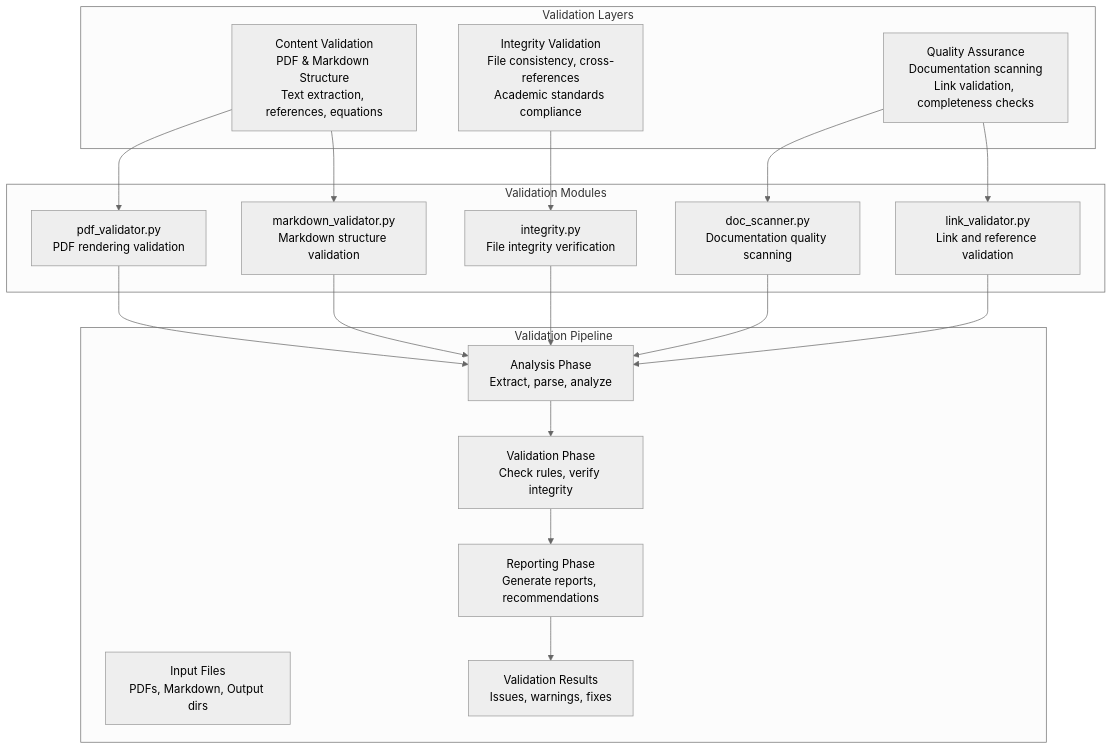
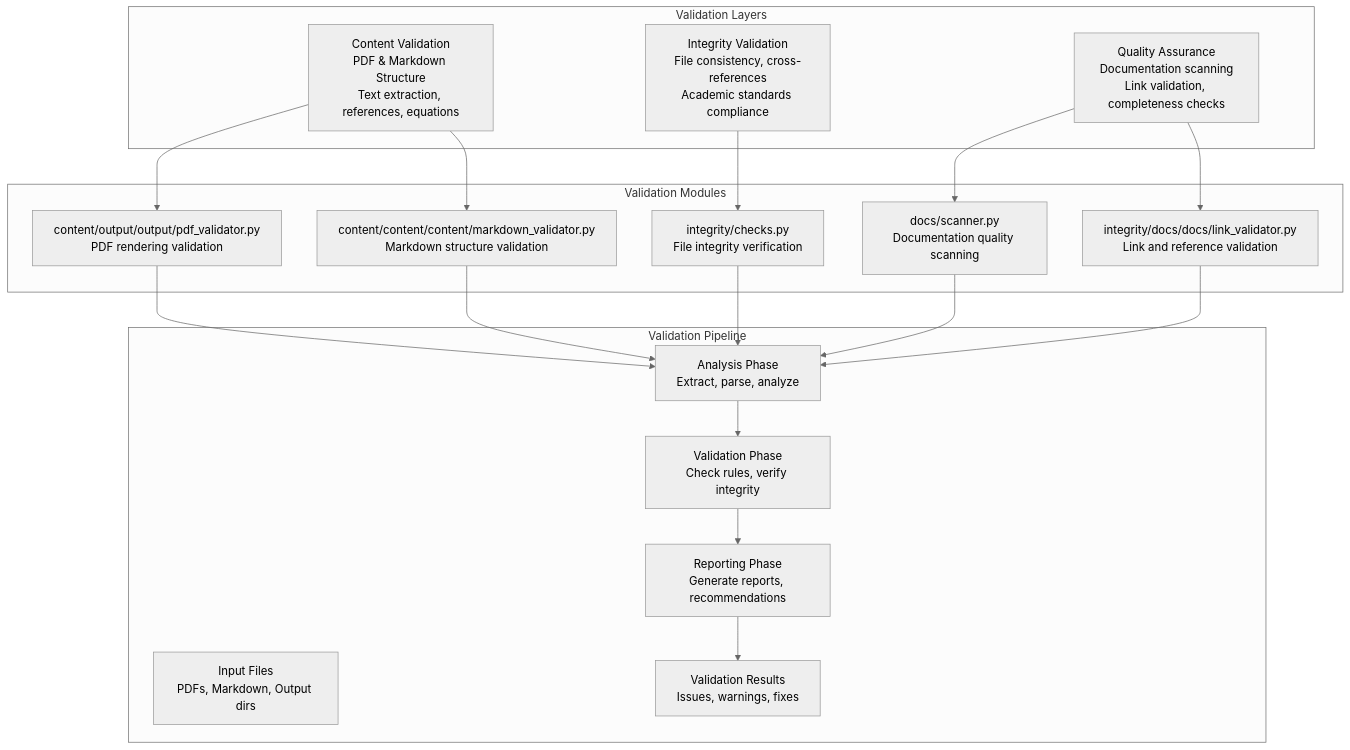
The first of 4 diagrams in infrastructure/validation/README.md (docxology/template), drawn with Mermaid (neutral theme) before and after one commit. The commit also changed other lines of this file and 68 other files, not shown here.

First line of the commit message:
desloppify: split validation into content/docs/integrity/output/repo/cli

````diff
--- a/infrastructure/validation/README.md
+++ b/infrastructure/validation/README.md
@@ -7,44 +7,44 @@
 ```mermaid
 graph TD
     subgraph ValidationLayers["Validation Layers"]
         CONTENT[Content Validation<br/>PDF & Markdown Structure<br/>Text extraction, references, equations]
         INTEGRITY[Integrity Validation<br/>File consistency, cross-references<br/>Academic standards compliance]
         QUALITY[Quality Assurance<br/>Documentation scanning<br/>Link validation, completeness checks]
     end
 
     subgraph ValidationModules["Validation Modules"]
-        PDF_VAL[pdf_validator.py<br/>PDF rendering validation]
-        MD_VAL[markdown_validator.py<br/>Markdown structure validation]
-        INTEGRITY_MOD[integrity.py<br/>File integrity verification]
-        DOC_SCAN[doc_scanner.py<br/>Documentation quality scanning]
-        LINK_VAL[link_validator.py<br/>Link and reference validation]
+        PDF_VAL[content/output/output/pdf_validator.py<br/>PDF rendering validation]
+        MD_VAL[content/content/content/markdown_validator.py<br/>Markdown structure validation]
+        INTEGRITY_MOD[integrity/checks.py<br/>File integrity verification]
+        DOC_SCAN[docs/scanner.py<br/>Documentation quality scanning]
+        LINK_VAL[integrity/docs/docs/link_validator.py<br/>Link and reference validation]
     end
 
     subgraph ValidationPipeline["Validation Pipeline"]
         INPUT[Input Files<br/>PDFs, Markdown, Output dirs]
         ANALYSIS[Analysis Phase<br/>Extract, parse, analyze]
         VALIDATION[Validation Phase<br/>Check rules, verify integrity]
         REPORTING[Reporting Phase<br/>Generate reports, recommendations]
         OUTPUT[Validation Results<br/>Issues, warnings, fixes]
     end
 
     CONTENT --> PDF_VAL
     CONTENT --> MD_VAL
     INTEGRITY --> INTEGRITY_MOD
     QUALITY --> DOC_SCAN
     QUALITY --> LINK_VAL
 
     PDF_VAL --> ANALYSIS
     MD_VAL --> ANALYSIS
     INTEGRITY_MOD --> ANALYSIS
     DOC_SCAN --> ANALYSIS
     LINK_VAL --> ANALYSIS
 
     ANALYSIS --> VALIDATION
     VALIDATION --> REPORTING
     REPORTING --> OUTPUT
 
     class ValidationLayers layers
     class ValidationModules modules
     class ValidationPipeline pipeline
 ```
````
